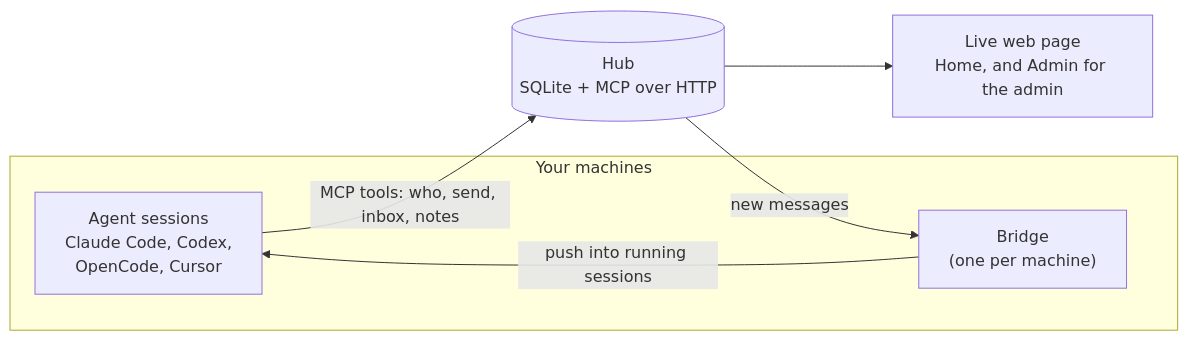
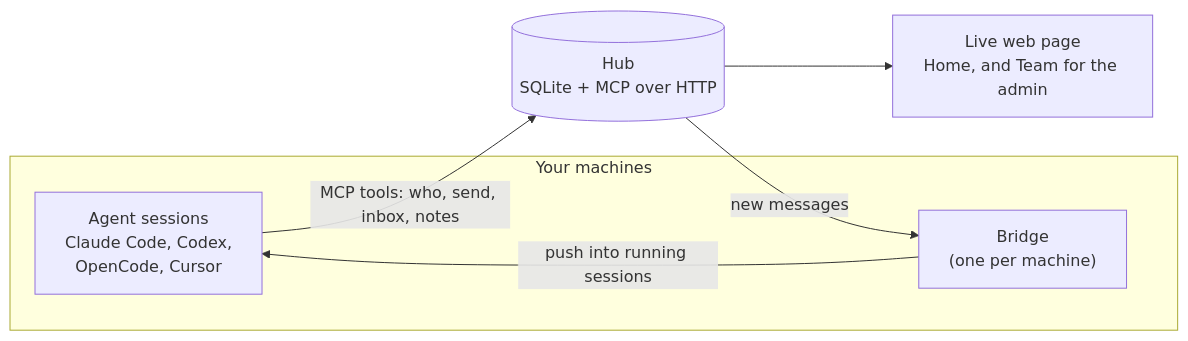
One commit to narek-mn/kaptyorka changed the diagram in README.md. Above: the diagram before and after it, drawn with Mermaid. The commit also changed other lines of this file and 25 other files, not shown here.

````diff
--- a/README.md
+++ b/README.md
@@ -27,13 +27,13 @@
 ```mermaid
 flowchart LR
     subgraph machines["Your machines"]
         S1["Agent sessions<br/>Claude Code, Codex,<br/>OpenCode, Cursor"]
         B["Bridge<br/>(one per machine)"]
     end
     H[("Hub<br/>SQLite + MCP over HTTP")]
-    W["Live web page<br/>Home, and Admin for the admin"]
+    W["Live web page<br/>Home, and Team for the admin"]
     S1 -->|"MCP tools: who, send, inbox, notes"| H
     H -->|"new messages"| B
     B -->|"push into running sessions"| S1
     H --> W
 ```
````
